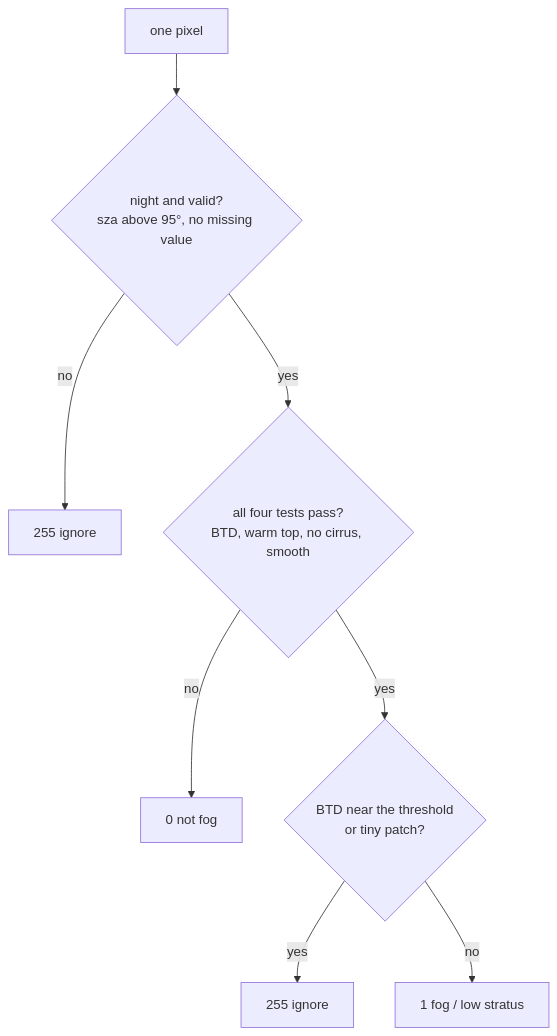
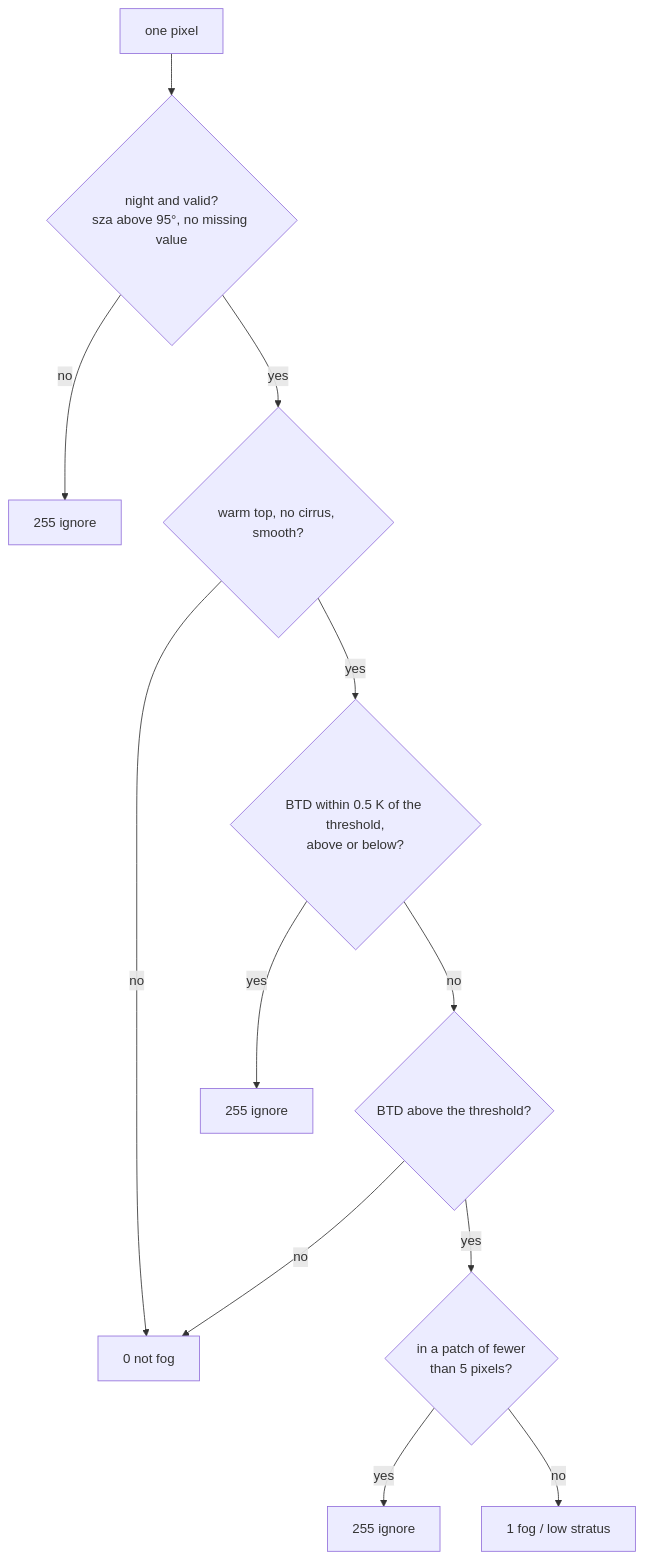
One commit to muhammettcepi/seviri-fog-segmentation changed the diagram in docs/DATASET_CARD.md. Above: the diagram before and after it, drawn with Mermaid. The commit also changed other lines of this file and 11 other files, not shown here.

````diff
--- a/docs/DATASET_CARD.md
+++ b/docs/DATASET_CARD.md
@@ -123,10 +123,14 @@
 ```mermaid
 flowchart TD
     px["one pixel"] --> trust{"night and valid?<br/>sza above 95°, no missing value"}
     trust -- no --> ignore1["255 ignore"]
-    trust -- yes --> fog{"all four tests pass?<br/>BTD, warm top, no cirrus, smooth"}
-    fog -- no --> zero["0 not fog"]
-    fog -- yes --> clean{"BTD near the threshold<br/>or tiny patch?"}
-    clean -- yes --> ignore2["255 ignore"]
-    clean -- no --> one["1 fog / low stratus"]
+    trust -- yes --> other{"warm top, no cirrus, smooth?"}
+    other -- no --> zero["0 not fog"]
+    other -- yes --> band{"BTD within 0.5 K of the threshold,<br/>above or below?"}
+    band -- yes --> ignore2["255 ignore"]
+    band -- no --> high{"BTD above the threshold?"}
+    high -- no --> zero
+    high -- yes --> tiny{"in a patch of fewer<br/>than 5 pixels?"}
+    tiny -- yes --> ignore3["255 ignore"]
+    tiny -- no --> one["1 fog / low stratus"]
 ```
````
